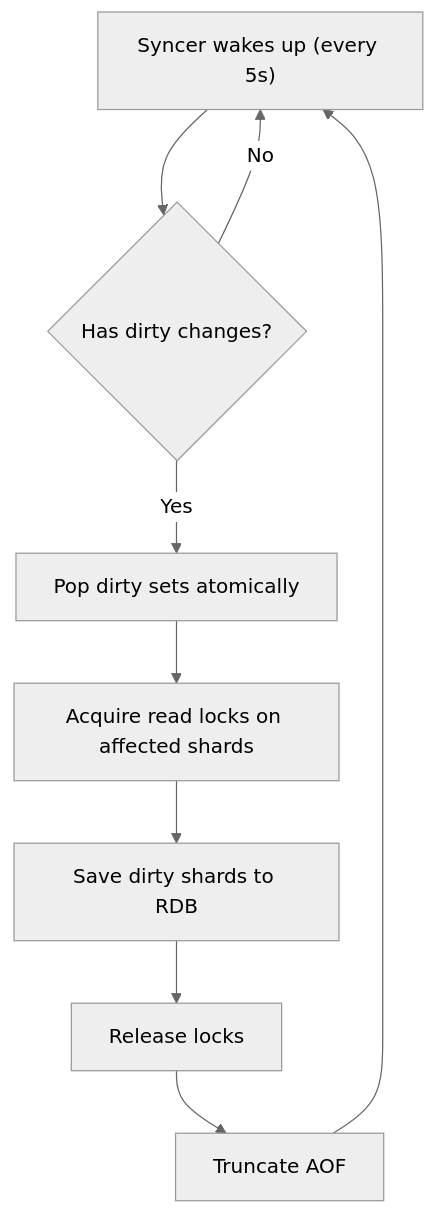
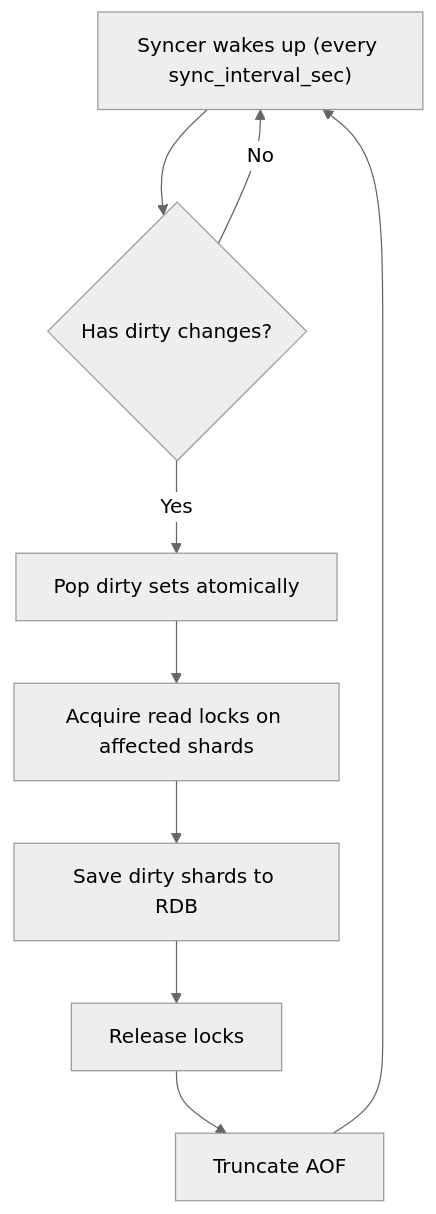
One commit to fabioscantamburlo/Radish changed the diagram in docs/persistence.md. Above: the diagram before and after it, drawn with Mermaid (neutral theme). The commit also changed other lines of this file and 30 other files, not shown here.

````diff
--- a/docs/persistence.md
+++ b/docs/persistence.md
@@ -148,11 +148,11 @@
 ```mermaid
 graph TD
-    A["Syncer wakes up (every 5s)"] --> B{Has dirty changes?}
+    A["Syncer wakes up (every sync_interval_sec)"] --> B{Has dirty changes?}
     B -->|No| A
     B -->|Yes| C["Pop dirty sets atomically"]
     C --> D["Acquire read locks on affected shards"]
     D --> E["Save dirty shards to RDB"]
     E --> F["Release locks"]
     F --> G["Truncate AOF"]
     G --> A
 ```
````
